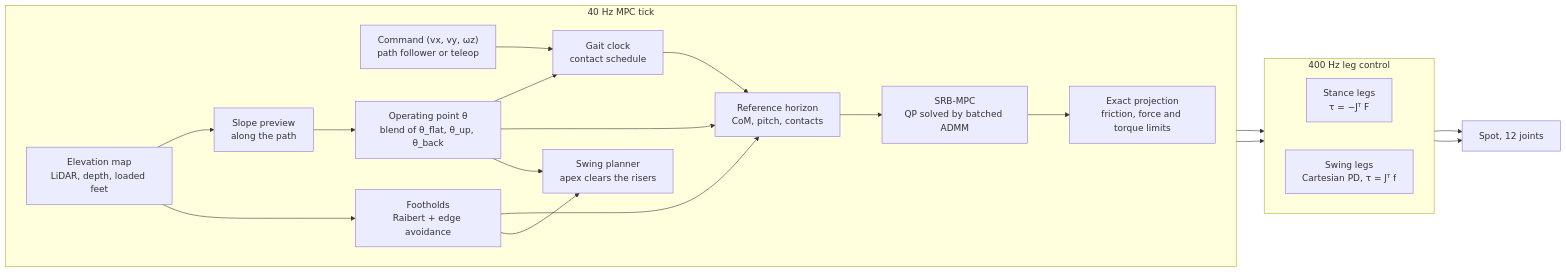
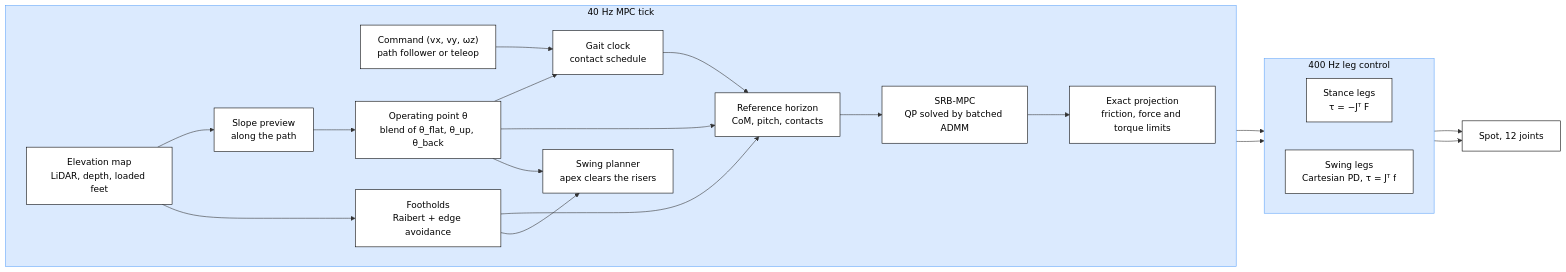
The diagram in README.md (SairamSrikanth/rl_mpc), drawn with Mermaid before and after one commit. The commit also changed other lines of this file and 1 other file, not shown here.

First line of the commit message:
Add MIT licence, five references and citation; recolour the control-stack diagram

````diff
--- a/README.md
+++ b/README.md
@@ -44,27 +44,31 @@
 ```mermaid
 flowchart LR
     subgraph TICK["40 Hz MPC tick"]
         direction LR
         CMD["Command (vx, vy, ωz)<br/>path follower or teleop"] --> GAIT["Gait clock<br/>contact schedule"]
         MAP["Elevation map<br/>LiDAR, depth, loaded feet"] --> PREV["Slope preview<br/>along the path"]
         PREV --> OP["Operating point θ<br/>blend of θ_flat, θ_up, θ_back"]
         OP --> GAIT
         MAP --> FH["Footholds<br/>Raibert + edge avoidance"]
         GAIT --> REF["Reference horizon<br/>CoM, pitch, contacts"]
         FH --> REF
         OP --> REF
         REF --> MPC["SRB-MPC<br/>QP solved by batched ADMM"]
         MPC --> PROJ["Exact projection<br/>friction, force and torque limits"]
         FH --> SW["Swing planner<br/>apex clears the risers"]
         OP --> SW
     end
     subgraph LEGS["400 Hz leg control"]
         direction LR
         ST["Stance legs<br/>τ = −Jᵀ F"]
         SWC["Swing legs<br/>Cartesian PD, τ = Jᵀ f"]
     end
     PROJ --> ST
     SW --> SWC
     ST --> ROBOT["Spot, 12 joints"]
     SWC --> ROBOT
+    classDef block fill:#ffffff,stroke:#000000,stroke-width:1px,color:#000000
+    class CMD,GAIT,MAP,PREV,OP,FH,REF,MPC,PROJ,SW,ST,SWC,ROBOT block
+    style TICK fill:#dbeafe,stroke:#60a5fa,color:#000000
+    style LEGS fill:#dbeafe,stroke:#60a5fa,color:#000000
 ```
````
